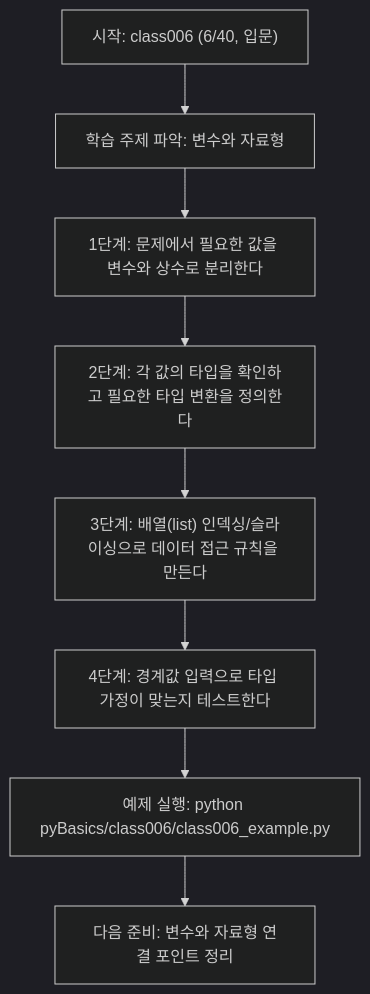
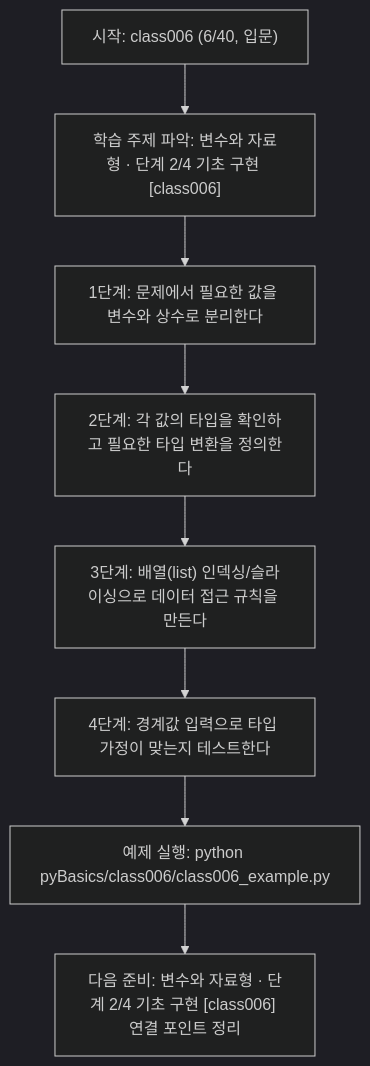
The diagram in pyBasics/class006/class006.md (edumgt/Python-AI_Agent-Class), drawn with Mermaid (dark theme) before and after one commit. The commit also changed other lines of this file and 522 other files, not shown here.

````diff
--- a/pyBasics/class006/class006.md
+++ b/pyBasics/class006/class006.md
@@ -108,18 +109,18 @@
 ```mermaid
 flowchart TD
 N1["시작: class006 (6/40, 입문)"]
-N2["학습 주제 파악: 변수와 자료형"]
+N2["학습 주제 파악: 변수와 자료형 · 단계 2/4 기초 구현 [class006]"]
 N3["1단계: 문제에서 필요한 값을 변수와 상수로 분리한다"]
 N4["2단계: 각 값의 타입을 확인하고 필요한 타입 변환을 정의한다"]
 N5["3단계: 배열(list) 인덱싱/슬라이싱으로 데이터 접근 규칙을 만든다"]
 N6["4단계: 경계값 입력으로 타입 가정이 맞는지 테스트한다"]
 N7["예제 실행: python pyBasics/class006/class006_example.py"]
-N8["다음 준비: 변수와 자료형 연결 포인트 정리"]
+N8["다음 준비: 변수와 자료형 · 단계 2/4 기초 구현 [class006] 연결 포인트 정리"]
 N1 --> N2
 N2 --> N3
 N3 --> N4
 N4 --> N5
 N5 --> N6
 N6 --> N7
 N7 --> N8
 ```
````
